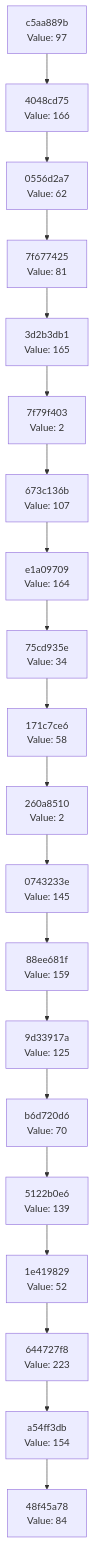
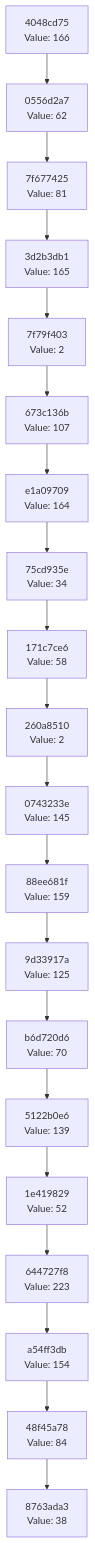
Before and after one commit to Abhisheksinha1506/hash-chain-evolver: the diagram in docs/CHAIN_VISUALIZATION.md, drawn with Mermaid. The commit also changed 3 other files, not shown here.

````diff
--- a/docs/CHAIN_VISUALIZATION.md
+++ b/docs/CHAIN_VISUALIZATION.md
@@ -3,42 +3,42 @@
 ```mermaid
 graph TD
-    C0["48f45a78<br/>Value: 84"]
-    C1["a54ff3db<br/>Value: 154"]
+    C0["8763ada3<br/>Value: 38"]
+    C1["48f45a78<br/>Value: 84"]
     C1 --> C0
-    C2["644727f8<br/>Value: 223"]
+    C2["a54ff3db<br/>Value: 154"]
     C2 --> C1
-    C3["1e419829<br/>Value: 52"]
+    C3["644727f8<br/>Value: 223"]
     C3 --> C2
-    C4["5122b0e6<br/>Value: 139"]
+    C4["1e419829<br/>Value: 52"]
     C4 --> C3
-    C5["b6d720d6<br/>Value: 70"]
+    C5["5122b0e6<br/>Value: 139"]
     C5 --> C4
-    C6["9d33917a<br/>Value: 125"]
+    C6["b6d720d6<br/>Value: 70"]
     C6 --> C5
-    C7["88ee681f<br/>Value: 159"]
+    C7["9d33917a<br/>Value: 125"]
     C7 --> C6
-    C8["0743233e<br/>Value: 145"]
+    C8["88ee681f<br/>Value: 159"]
     C8 --> C7
-    C9["260a8510<br/>Value: 2"]
+    C9["0743233e<br/>Value: 145"]
     C9 --> C8
-    C10["171c7ce6<br/>Value: 58"]
+    C10["260a8510<br/>Value: 2"]
     C10 --> C9
-    C11["75cd935e<br/>Value: 34"]
+    C11["171c7ce6<br/>Value: 58"]
     C11 --> C10
-    C12["e1a09709<br/>Value: 164"]
+    C12["75cd935e<br/>Value: 34"]
     C12 --> C11
-    C13["673c136b<br/>Value: 107"]
+    C13["e1a09709<br/>Value: 164"]
     C13 --> C12
-    C14["7f79f403<br/>Value: 2"]
+    C14["673c136b<br/>Value: 107"]
     C14 --> C13
-    C15["3d2b3db1<br/>Value: 165"]
+    C15["7f79f403<br/>Value: 2"]
     C15 --> C14
-    C16["7f677425<br/>Value: 81"]
+    C16["3d2b3db1<br/>Value: 165"]
     C16 --> C15
-    C17["0556d2a7<br/>Value: 62"]
+    C17["7f677425<br/>Value: 81"]
     C17 --> C16
-    C18["4048cd75<br/>Value: 166"]
+    C18["0556d2a7<br/>Value: 62"]
     C18 --> C17
-    C19["c5aa889b<br/>Value: 97"]
+    C19["4048cd75<br/>Value: 166"]
     C19 --> C18
 ```
````
